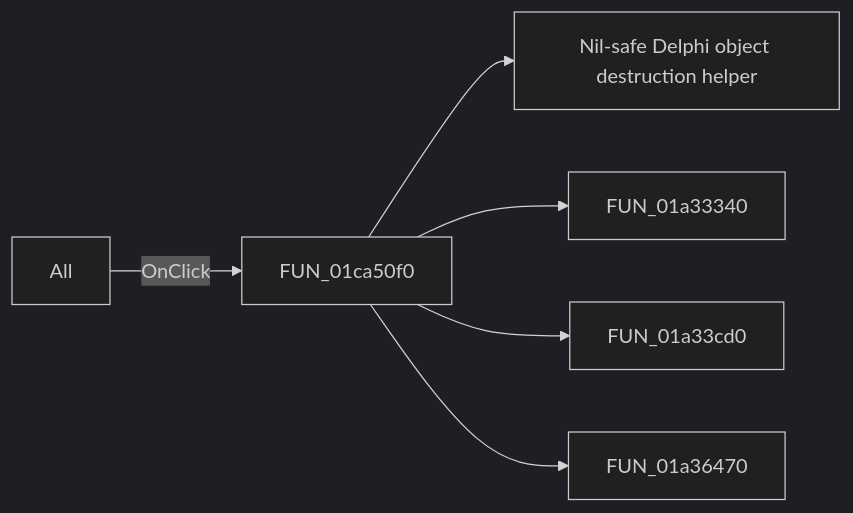
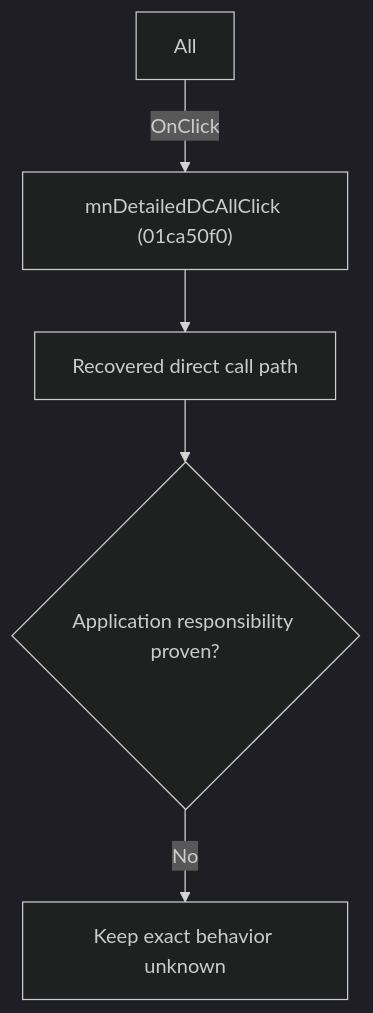
The diagram in docs/ui-controls/schematiceditor/mndetaileddcall-718695094e.md (MovGP0/TIARA), drawn with Mermaid (dark theme) before and after one commit. The commit also changed other lines of this file and 1062 other files, not shown here.

````diff
--- a/docs/ui-controls/schematiceditor/mndetaileddcall-718695094e.md
+++ b/docs/ui-controls/schematiceditor/mndetaileddcall-718695094e.md
@@ -27,8 +27,7 @@
 ```mermaid
-flowchart LR
-    control["All"] -->|OnClick| handler["FUN_01ca50f0"]
-    handler --> call1["Nil-safe Delphi object destruction helper"]
-    handler --> call2["FUN_01a33340"]
-    handler --> call3["FUN_01a33cd0"]
-    handler --> call4["FUN_01a36470"]
+flowchart TD
+    control["All"] -->|"OnClick"| handler["mnDetailedDCAllClick (01ca50f0)"]
+    handler --> recovered["Recovered direct call path"]
+    recovered --> gap{"Application responsibility proven?"}
+    gap -->|"No"| blocked["Keep exact behavior unknown"]
 ```
````
